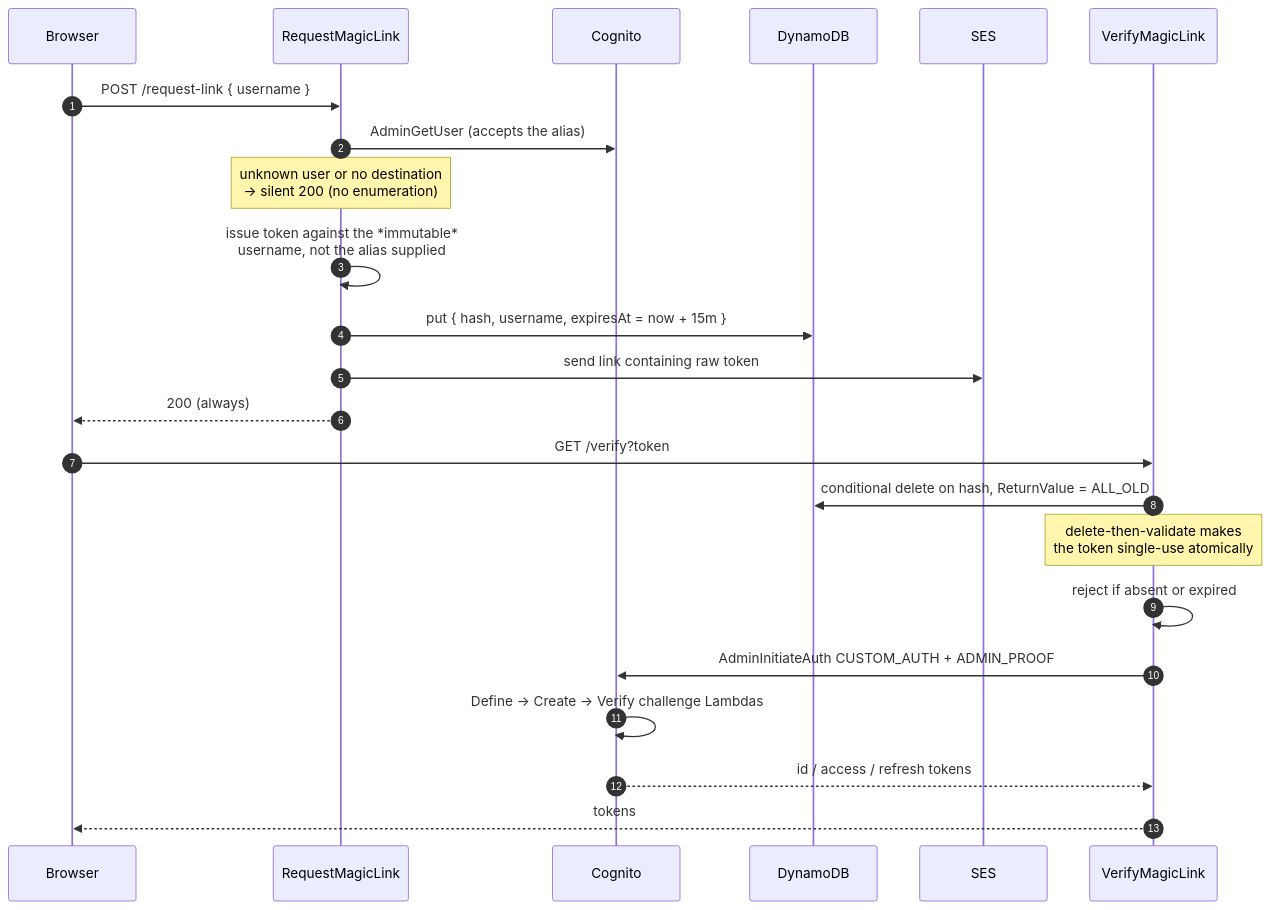
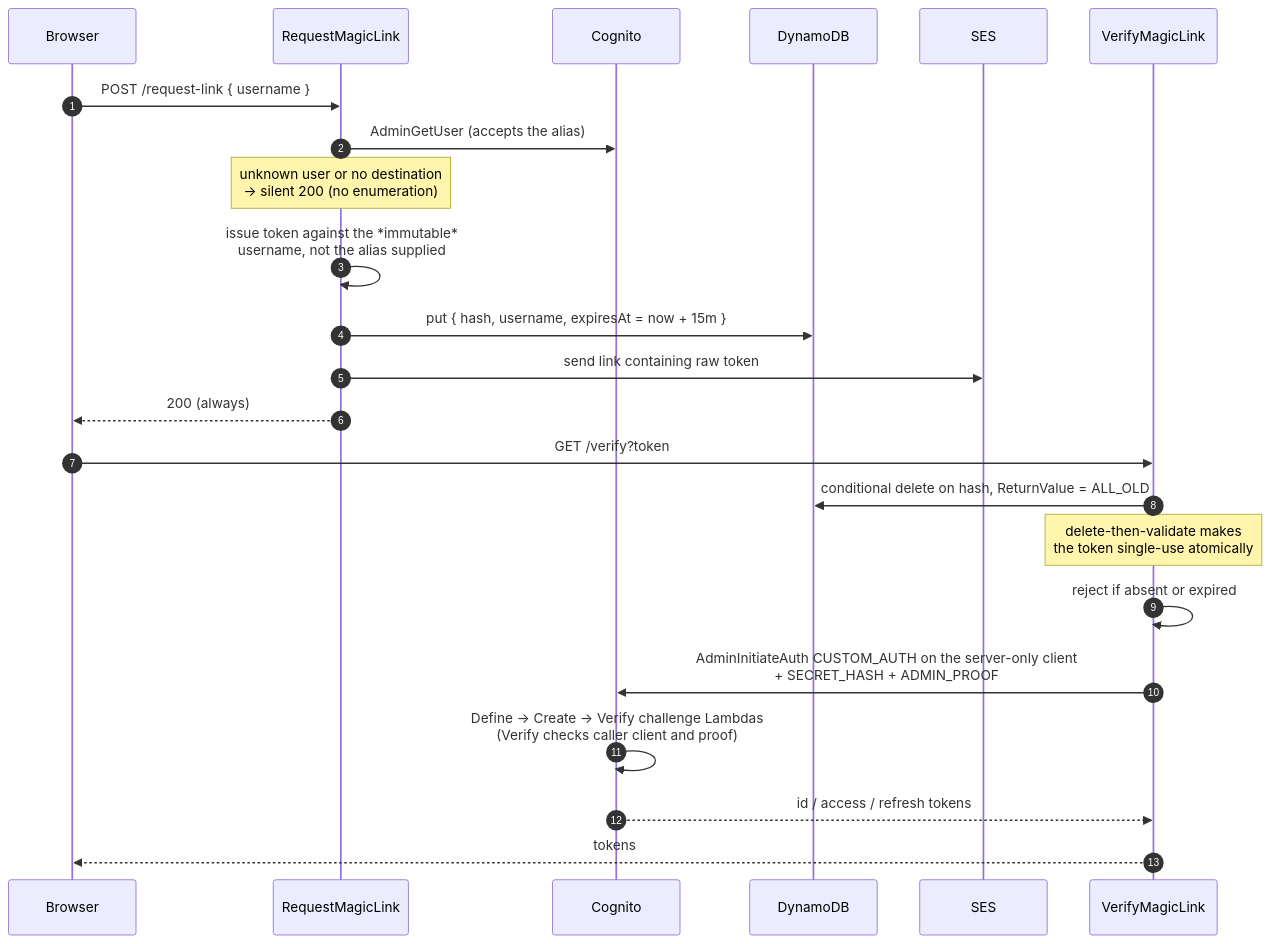
The fourth of 6 diagrams in PADISSOPOC/docs/architecture.md (minhthanhnguyen/PADISSOPOC), drawn with Mermaid before and after one commit. The commit also changed other lines of this file and 14 other files, not shown here.

````diff
--- a/PADISSOPOC/docs/architecture.md
+++ b/PADISSOPOC/docs/architecture.md
@@ -256,27 +259,27 @@
 ```mermaid
 sequenceDiagram
     autonumber
     participant U as Browser
     participant R as RequestMagicLink
     participant C as Cognito
     participant D as DynamoDB
     participant E as SES
     participant V as VerifyMagicLink
 
     U->>R: POST /request-link { username }
     R->>C: AdminGetUser (accepts the alias)
     Note over R: unknown user or no destination<br/>→ silent 200 (no enumeration)
     R->>R: issue token against the *immutable*<br/>username, not the alias supplied
     R->>D: put { hash, username, expiresAt = now + 15m }
     R->>E: send link containing raw token
     R-->>U: 200 (always)
 
     U->>V: GET /verify?token
     V->>D: conditional delete on hash, ReturnValue = ALL_OLD
     Note over V: delete-then-validate makes<br/>the token single-use atomically
     V->>V: reject if absent or expired
-    V->>C: AdminInitiateAuth CUSTOM_AUTH + ADMIN_PROOF
-    C->>C: Define → Create → Verify challenge Lambdas
+    V->>C: AdminInitiateAuth CUSTOM_AUTH on the server-only client<br/>+ SECRET_HASH + ADMIN_PROOF
+    C->>C: Define → Create → Verify challenge Lambdas<br/>(Verify checks caller client and proof)
     C-->>V: id / access / refresh tokens
     V-->>U: tokens
 ```
````
